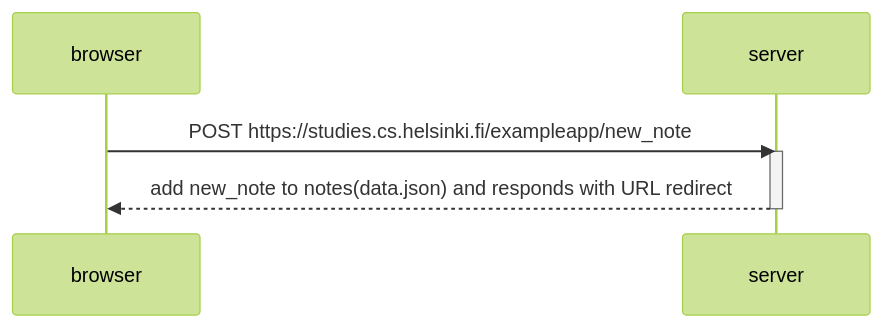
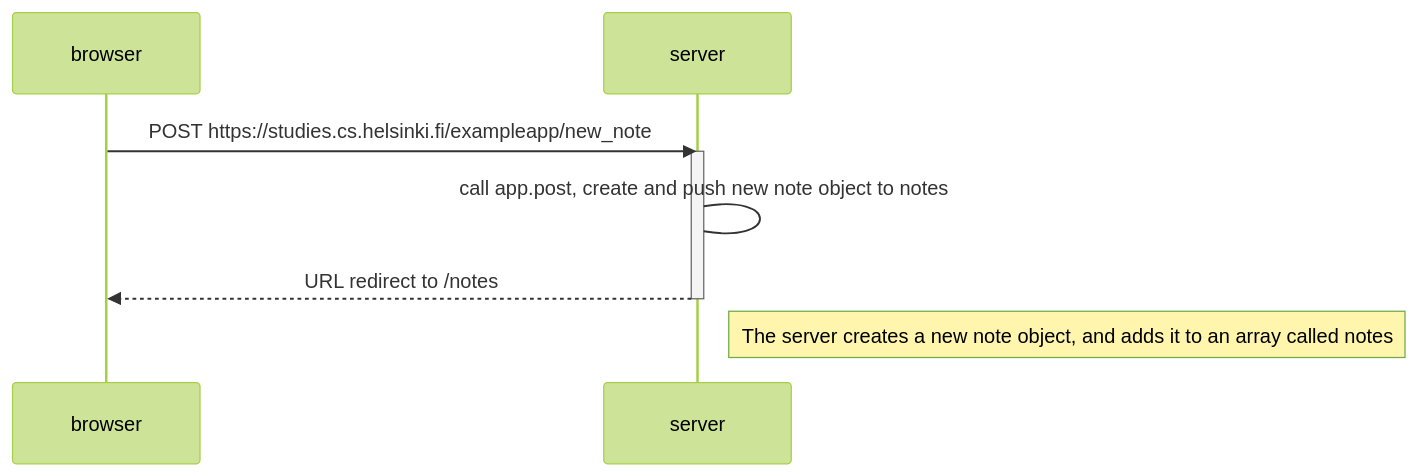
One commit to vvxhm/Fullstack changed the diagram in part0/4-new-note-diagram.md. Above: the diagram before and after it, drawn with Mermaid (forest theme).

Commit message:
Test self message and note

````diff
--- a/part0/4-new-note-diagram.md
+++ b/part0/4-new-note-diagram.md
@@ -1,10 +1,13 @@
 ```mermaid
 sequenceDiagram
     participant browser
     participant server
 
     browser->>server: POST https://studies.cs.helsinki.fi/exampleapp/new_note
     activate server
-    server-->>browser: add new_note to notes(data.json) and responds with URL redirect
+    server->server: call app.post, create and push new note object to notes
+    server-->>browser: URL redirect to /notes
     deactivate server
+
+    Note right of server: The server creates a new note object, and adds it to an array called notes
 ```
````
